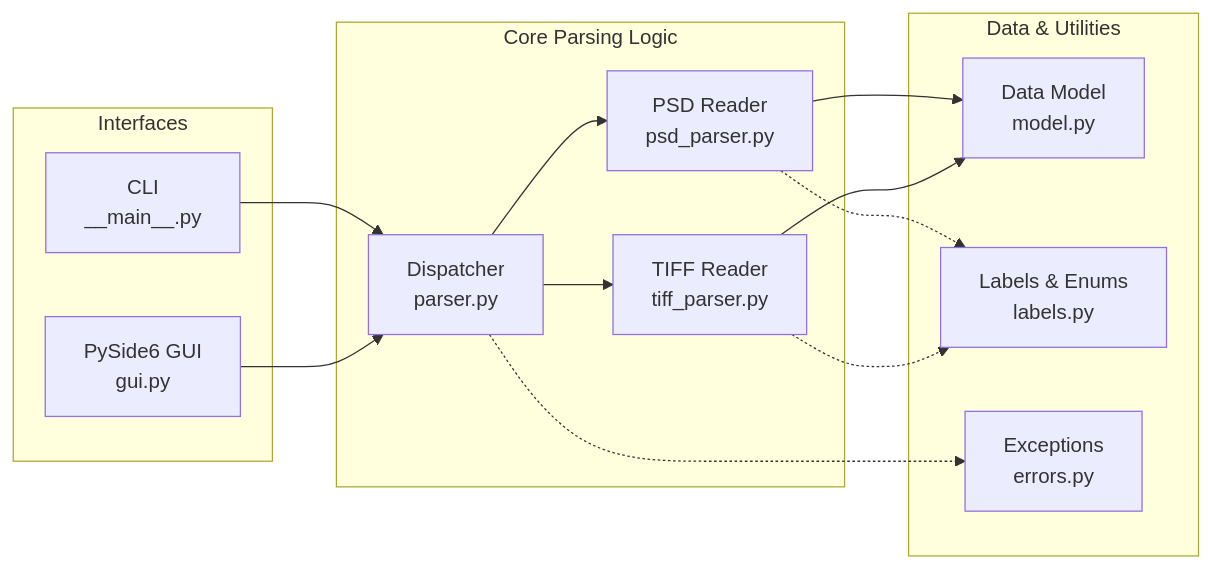
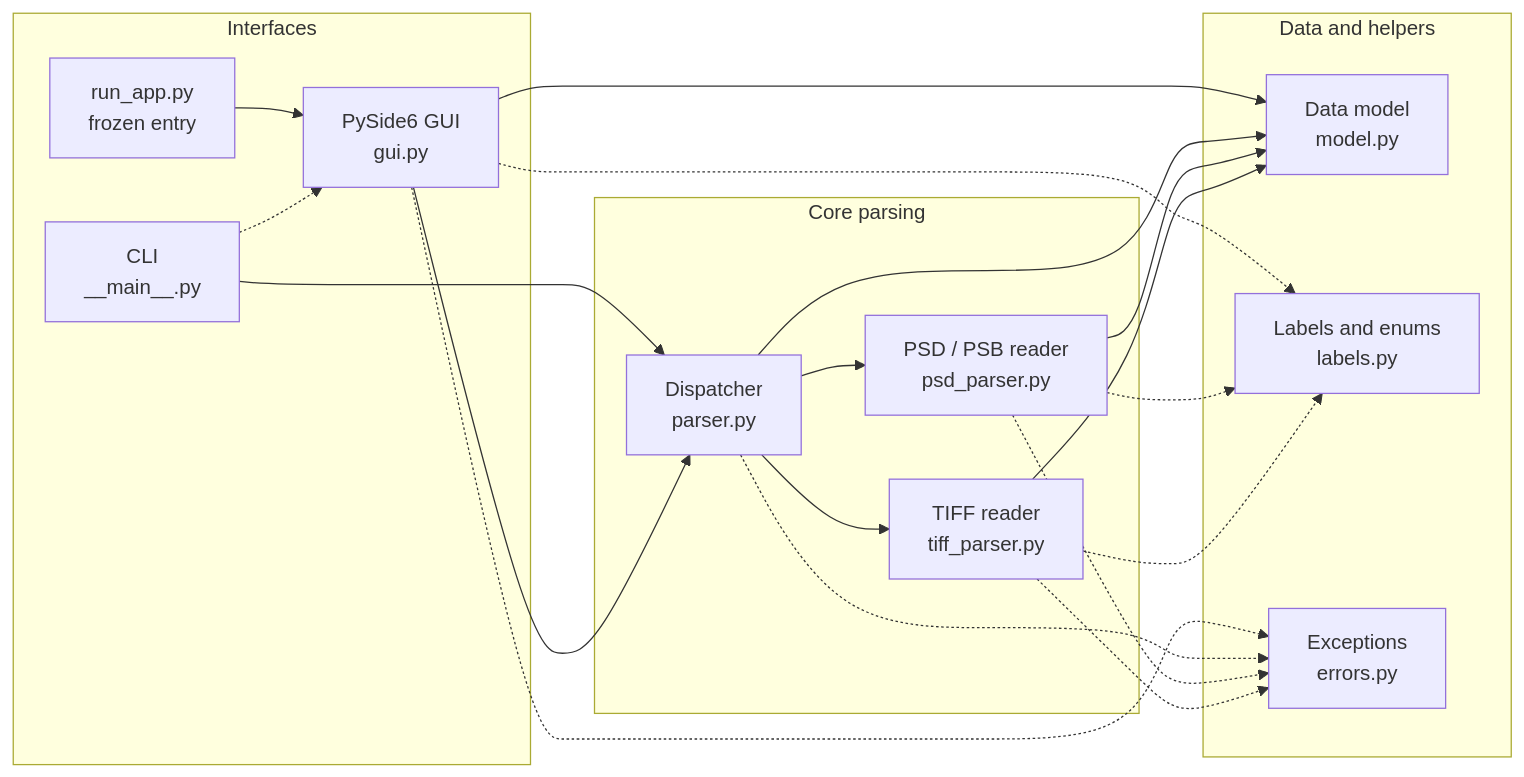
The third of 3 diagrams in README.md (cuarentaysiete/ca-pa), drawn with Mermaid before and after one commit. The commit also changed other lines of this file, not shown here.

First line of the commit message:
README: redraw the mermaid diagrams and document the 8-bit limit

````diff
--- a/README.md
+++ b/README.md
@@ -210,32 +226,38 @@
 ```mermaid
 graph LR
     subgraph Interfaces
+        RUN[run_app.py<br/>frozen entry]
         CLI[CLI<br/>__main__.py]
         GUI[PySide6 GUI<br/>gui.py]
     end
 
-    subgraph Core Parsing Logic
+    subgraph Core parsing
         DISP[Dispatcher<br/>parser.py]
-        PSD[PSD Reader<br/>psd_parser.py]
-        TIFF[TIFF Reader<br/>tiff_parser.py]
+        PSD[PSD / PSB reader<br/>psd_parser.py]
+        TIFF[TIFF reader<br/>tiff_parser.py]
     end
 
-    subgraph Data & Utilities
-        MOD[Data Model<br/>model.py]
-        LBL[Labels & Enums<br/>labels.py]
+    subgraph Data and helpers
+        MOD[Data model<br/>model.py]
+        LBL[Labels and enums<br/>labels.py]
         ERR[Exceptions<br/>errors.py]
     end
 
+    RUN --> GUI
     CLI --> DISP
+    CLI -.-> GUI
     GUI --> DISP
-    
+    GUI --> MOD
+    GUI -.-> LBL
+    GUI -.-> ERR
     DISP --> PSD
     DISP --> TIFF
+    DISP --> MOD
     DISP -.-> ERR
-    
     PSD --> MOD
     TIFF --> MOD
-    
     PSD -.-> LBL
     TIFF -.-> LBL
+    PSD -.-> ERR
+    TIFF -.-> ERR
 ```
````
